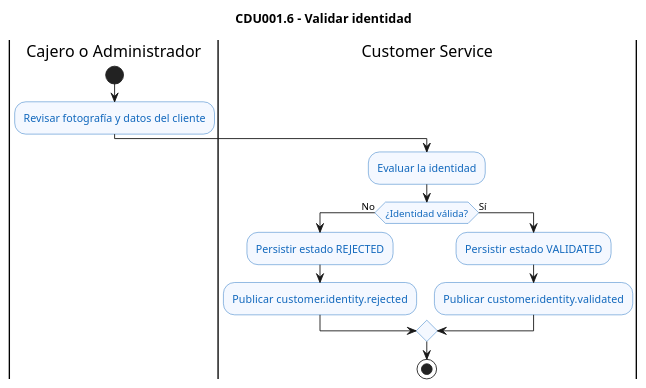
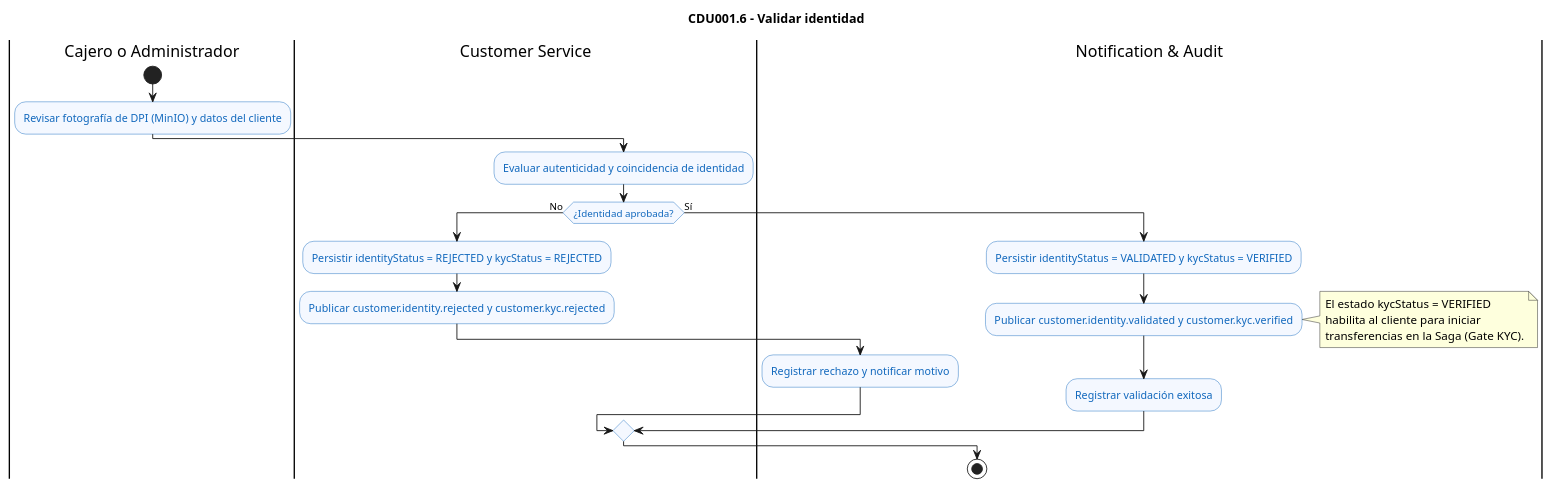
The diagram in docs/architecture/diagrams/cdu/customer/flujos/CDU001.6-validar-identidad.puml (marcosbondel/Proyecto-SA-B-2), drawn with PlantUML before and after one commit. The commit also changed 18 other files, not shown here.

Commit message:
docs: add architecture and use case diagrams in PlantUML and PNG formats

```diff
--- a/docs/architecture/diagrams/cdu/customer/flujos/CDU001.6-validar-identidad.puml
+++ b/docs/architecture/diagrams/cdu/customer/flujos/CDU001.6-validar-identidad.puml
@@ -1,24 +1,33 @@
 @startuml CDU001.6-validar-identidad
 title CDU001.6 - Validar identidad
 
 skinparam shadowing false
 skinparam activity {
     BackgroundColor #F4F8FF
     BorderColor #1168BD
     FontColor #1168BD
 }
 
 |Cajero o Administrador|
 start
-:Revisar fotografía y datos del cliente;
+:Revisar fotografía de DPI (MinIO) y datos del cliente;
 |Customer Service|
-:Evaluar la identidad;
-if (¿Identidad válida?) then (No)
-    :Persistir estado REJECTED;
-    :Publicar customer.identity.rejected;
+:Evaluar autenticidad y coincidencia de identidad;
+if (¿Identidad aprobada?) then (No)
+    :Persistir identityStatus = REJECTED y kycStatus = REJECTED;
+    :Publicar customer.identity.rejected y customer.kyc.rejected;
+    |Notification & Audit|
+    :Registrar rechazo y notificar motivo;
 else (Sí)
-    :Persistir estado VALIDATED;
-    :Publicar customer.identity.validated;
+    :Persistir identityStatus = VALIDATED y kycStatus = VERIFIED;
+    :Publicar customer.identity.validated y customer.kyc.verified;
+    note right
+      El estado kycStatus = VERIFIED
+      habilita al cliente para iniciar
+      transferencias en la Saga (Gate KYC).
+    end note
+    |Notification & Audit|
+    :Registrar validación exitosa;
 endif
 stop
 @enduml
```
